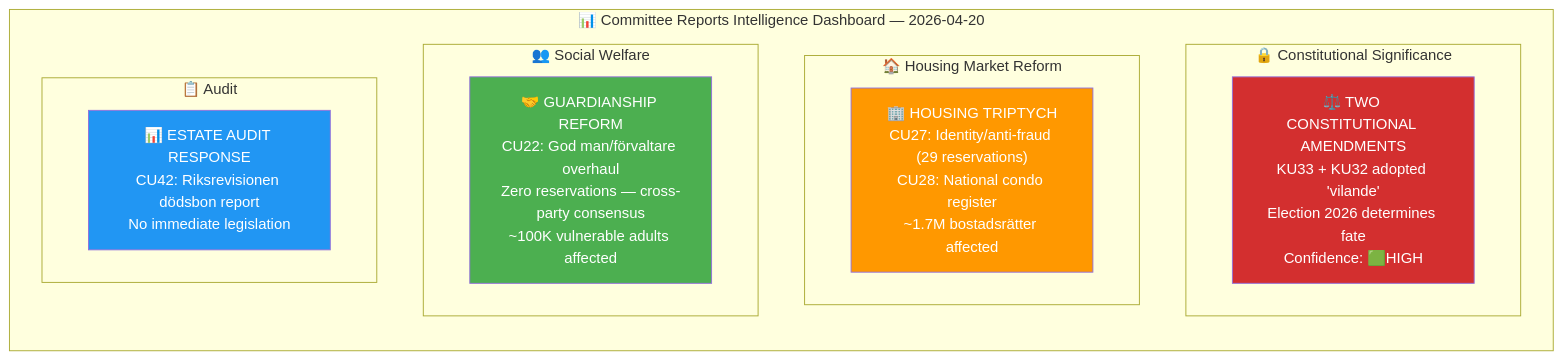
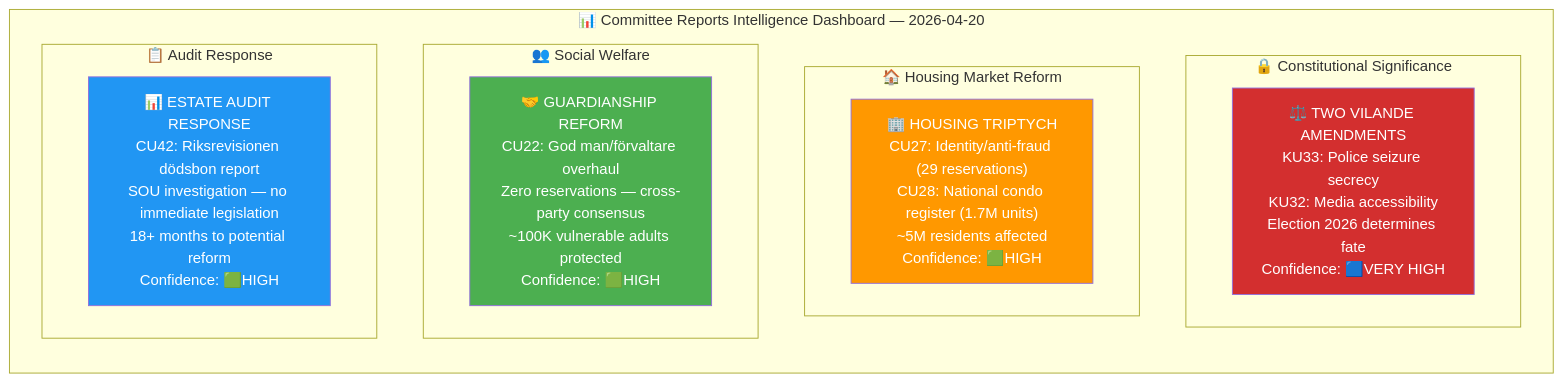
One commit to Hack23/riksdagsmonitor changed the first of 4 diagrams in analysis/daily/2026-04-20/committeeReports/synthesis-summary.md. Above: the diagram before and after it, drawn with Mermaid. The commit also changed other lines of this file and 14 other files, not shown here.

````diff
--- a/analysis/daily/2026-04-20/committeeReports/synthesis-summary.md
+++ b/analysis/daily/2026-04-20/committeeReports/synthesis-summary.md
@@ -27,22 +45,22 @@
 ```mermaid
 graph TD
     subgraph "📊 Committee Reports Intelligence Dashboard — 2026-04-20"
         direction TB
         subgraph "🔒 Constitutional Significance"
-            CONST["⚖️ TWO CONSTITUTIONAL AMENDMENTS<br/>KU33 + KU32 adopted 'vilande'<br/>Election 2026 determines fate<br/>Confidence: 🟩HIGH"]
+            CONST["⚖️ TWO VILANDE AMENDMENTS<br/>KU33: Police seizure secrecy<br/>KU32: Media accessibility<br/>Election 2026 determines fate<br/>Confidence: 🟦VERY HIGH"]
         end
         subgraph "🏠 Housing Market Reform"
-            HOUSE["🏢 HOUSING TRIPTYCH<br/>CU27: Identity/anti-fraud (29 reservations)<br/>CU28: National condo register<br/>~1.7M bostadsrätter affected"]
+            HOUSE["🏢 HOUSING TRIPTYCH<br/>CU27: Identity/anti-fraud (29 reservations)<br/>CU28: National condo register (1.7M units)<br/>~5M residents affected<br/>Confidence: 🟩HIGH"]
         end
         subgraph "👥 Social Welfare"
-            SOC["🤝 GUARDIANSHIP REFORM<br/>CU22: God man/förvaltare overhaul<br/>Zero reservations — cross-party consensus<br/>~100K vulnerable adults affected"]
+            SOC["🤝 GUARDIANSHIP REFORM<br/>CU22: God man/förvaltare overhaul<br/>Zero reservations — cross-party consensus<br/>~100K vulnerable adults protected<br/>Confidence: 🟩HIGH"]
         end
-        subgraph "📋 Audit"
-            AUD["📊 ESTATE AUDIT RESPONSE<br/>CU42: Riksrevisionen dödsbon report<br/>No immediate legislation"]
+        subgraph "📋 Audit Response"
+            AUD["📊 ESTATE AUDIT RESPONSE<br/>CU42: Riksrevisionen dödsbon report<br/>SOU investigation — no immediate legislation<br/>18+ months to potential reform<br/>Confidence: 🟩HIGH"]
         end
     end
     style CONST fill:#D32F2F,color:#fff
     style HOUSE fill:#FF9800,color:#fff
     style SOC fill:#4CAF50,color:#fff
     style AUD fill:#2196F3,color:#fff
 ```
````
